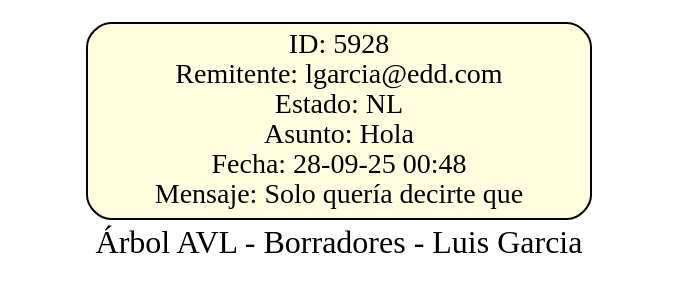
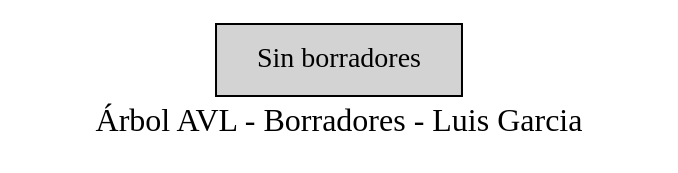
The diagram in Fase1/src/lgarcia-Reportes/borradores_lgarcia.dot (JoseArt777/-EDD-1S2025_202100305), drawn with Graphviz before and after one commit. The commit also changed 5 other files, not shown here.

```diff
--- a/Fase1/src/lgarcia-Reportes/borradores_lgarcia.dot
+++ b/Fase1/src/lgarcia-Reportes/borradores_lgarcia.dot
@@ -1,6 +1,6 @@
 digraph G {
     label="Árbol AVL - Borradores - Luis Garcia";
     fontsize=16;
     node [shape=record, style=filled, fillcolor=lightyellow];
-    nodo_5928 [label="ID: 5928\nRemitente: lgarcia@edd.com\nEstado: NL\nAsunto: Hola\nFecha: 28-09-25 00:48\nMensaje: Solo quería decirte que", shape=box, style="filled,rounded", fillcolor=lightyellow];
+    empty [label="Sin borradores", fillcolor=lightgray];
 }
```
